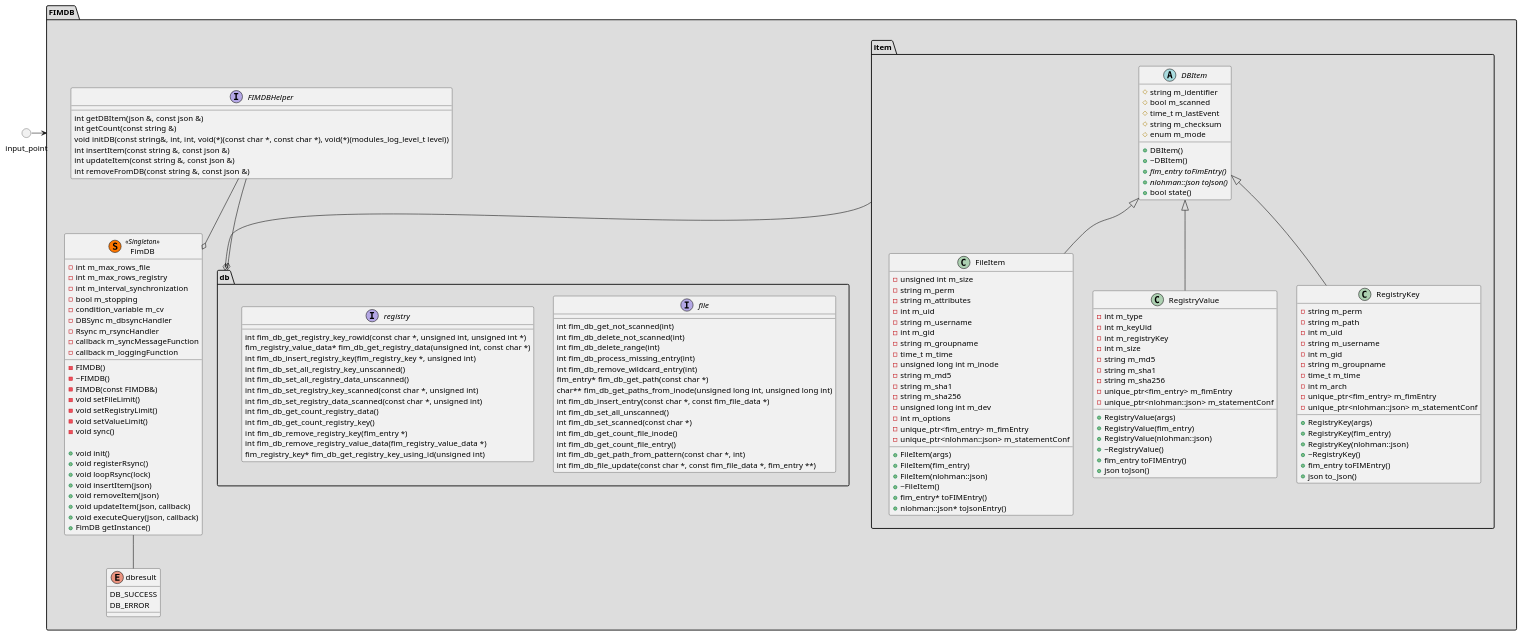
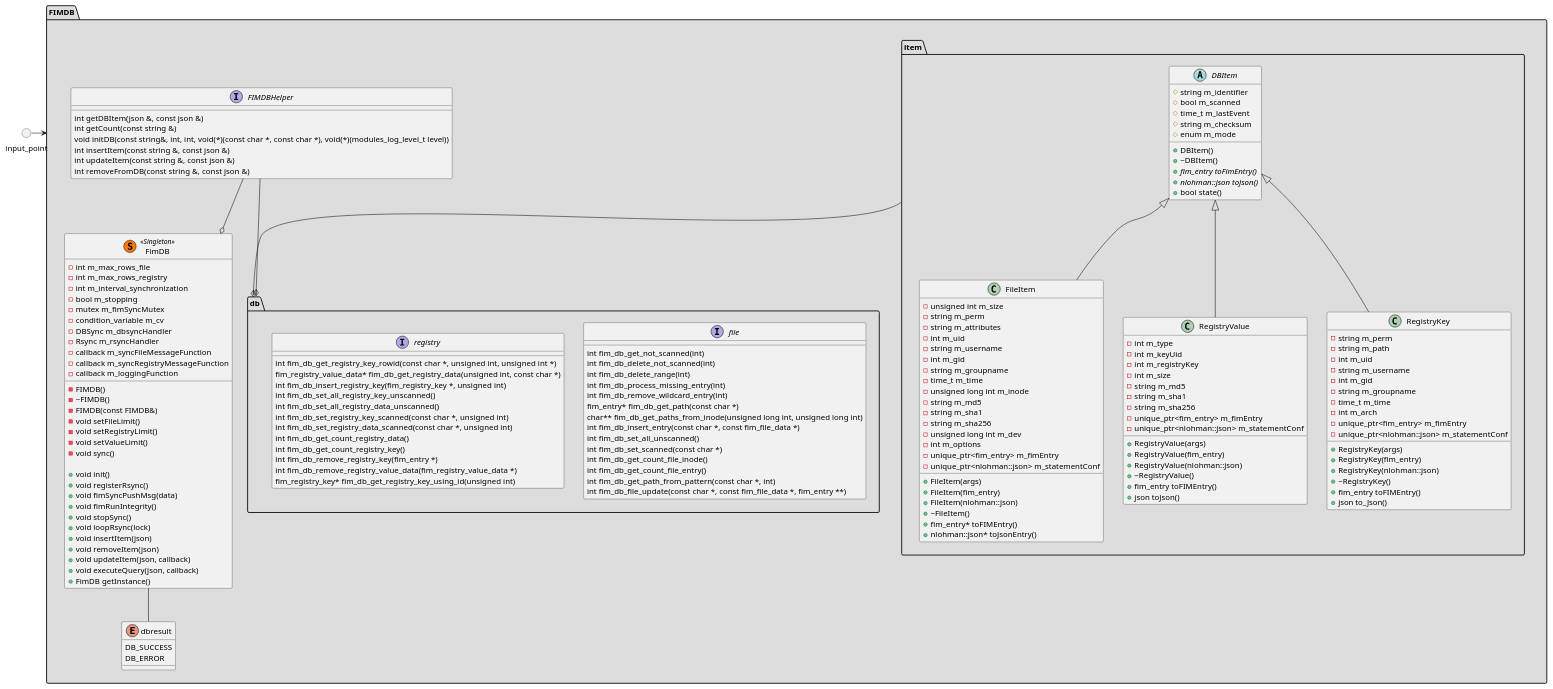
Before and after one commit to wazuh/wazuh-agent: the diagram in architecture/FIM/db/class.puml, drawn with PlantUML.

Commit message:
Modified class.puml to include new functions and attributes in fimdb class

```diff
--- a/architecture/FIM/db/class.puml
+++ b/architecture/FIM/db/class.puml
@@ -1,164 +1,169 @@
 @startuml db_class
 package "FIMDB" <<Folder>> #DDDDDD{
     enum "dbresult" {
         DB_SUCCESS
         DB_ERROR
     }
     package "item" <<Folder>> {
         abstract DBItem {
             # string m_identifier
             # bool m_scanned
             # time_t m_lastEvent
             # string m_checksum
             # enum m_mode
 
             + DBItem()
             + ~DBItem()
             + {abstract} fim_entry toFimEntry()
             + {abstract} nlohman::json toJson()
             + bool state()
         }
 
         class FileItem {
             - unsigned int m_size
             - string m_perm
             - string m_attributes
             - int m_uid
             - string m_username
             - int m_gid
             - string m_groupname
             - time_t m_time
             - unsigned long int m_inode
             - string m_md5
             - string m_sha1
             - string m_sha256
             - unsigned long int m_dev
             - int m_options
             - unique_ptr<fim_entry> m_fimEntry
             - unique_ptr<nlohman::json> m_statementConf
 
             + FileItem(args)
             + FileItem(fim_entry)
             + FileItem(nlohman::json)
             + ~FileItem()
             + fim_entry* toFIMEntry()
             + nlohman::json* toJsonEntry()
         }
         class "RegistryValue" {
             - int m_type
             - int m_keyUid
             - int m_registryKey
             - int m_size
             - string m_md5
             - string m_sha1
             - string m_sha256
             - unique_ptr<fim_entry> m_fimEntry
             - unique_ptr<nlohman::json> m_statementConf
 
             + RegistryValue(args)
             + RegistryValue(fim_entry)
             + RegistryValue(nlohman::json)
             + ~RegistryValue()
             + fim_entry toFIMEntry()
             + json toJson()
         }
         class "RegistryKey" {
             - string m_perm
             - string m_path
             - int m_uid
             - string m_username
             - int m_gid
             - string m_groupname
             - time_t m_time
             - int m_arch
             - unique_ptr<fim_entry> m_fimEntry
             - unique_ptr<nlohman::json> m_statementConf
 
             + RegistryKey(args)
             + RegistryKey(fim_entry)
             + RegistryKey(nlohman::json)
             + ~RegistryKey()
             + fim_entry toFIMEntry()
             + json to_Json()
         }
     }
     class "FimDB"  <<(S,#FF7700) Singleton>> {
         - int m_max_rows_file
         - int m_max_rows_registry
         - int m_interval_synchronization
         - bool m_stopping
+        - mutex m_fimSyncMutex
         - condition_variable m_cv
         - DBSync m_dbsyncHandler
         - Rsync m_rsyncHandler
-        - callback m_syncMessageFunction
+        - callback m_syncFileMessageFunction
+        - callback m_syncRegistryMessageFunction
         - callback m_loggingFunction
 
         - FIMDB()
         - ~FIMDB()
         - FIMDB(const FIMDB&)
         - void setFileLimit()
         - void setRegistryLimit()
         - void setValueLimit()
         - void sync()
 
         + void init()
         + void registerRsync()
+        + void fimSyncPushMsg(data)
+        + void fimRunIntegrity()
+        + void stopSync()
         + void loopRsync(lock)
         + void insertItem(json)
         + void removeItem(json)
         + void updateItem(json, callback)
         + void executeQuery(json, callback)
         + FimDB getInstance()
     }
     interface FIMDBHelper {
         int getDBItem(json &, const json &)
         int getCount(const string &)
         void initDB(const string&, int, int, void(*)(const char *, const char *), void(*)(modules_log_level_t level))
         int insertItem(const string &, const json &)
         int updateItem(const string &, const json &)
         int removeFromDB(const string &, const json &)
     }
     namespace db{
     interface file {
         int fim_db_get_not_scanned(int)
         int fim_db_delete_not_scanned(int)
         int fim_db_delete_range(int)
         int fim_db_process_missing_entry(int)
         int fim_db_remove_wildcard_entry(int)
         fim_entry* fim_db_get_path(const char *)
         char** fim_db_get_paths_from_inode(unsigned long int, unsigned long int)
         int fim_db_insert_entry(const char *, const fim_file_data *)
         int fim_db_set_all_unscanned()
         int fim_db_set_scanned(const char *)
         int fim_db_get_count_file_inode()
         int fim_db_get_count_file_entry()
         int fim_db_get_path_from_pattern(const char *, int)
         int fim_db_file_update(const char *, const fim_file_data *, fim_entry **)
     }
     interface registry {
         int fim_db_get_registry_key_rowid(const char *, unsigned int, unsigned int *)
         fim_registry_value_data* fim_db_get_registry_data(unsigned int, const char *)
         int fim_db_insert_registry_key(fim_registry_key *, unsigned int)
         int fim_db_set_all_registry_key_unscanned()
         int fim_db_set_all_registry_data_unscanned()
         int fim_db_set_registry_key_scanned(const char *, unsigned int)
         int fim_db_set_registry_data_scanned(const char *, unsigned int)
         int fim_db_get_count_registry_data()
         int fim_db_get_count_registry_key()
         int fim_db_remove_registry_key(fim_entry *)
         int fim_db_remove_registry_value_data(fim_registry_value_data *)
         fim_registry_key* fim_db_get_registry_key_using_id(unsigned int)
     }
     }
 }
 circle input_point
 
 DBItem <|-- FileItem
 DBItem <|-- RegistryValue
 DBItem <|-- RegistryKey
 FIMDBHelper --o FimDB
 item --o db
 FIMDBHelper --o db
 FimDB -- dbresult
 input_point => FIMDB
 @enduml
```
